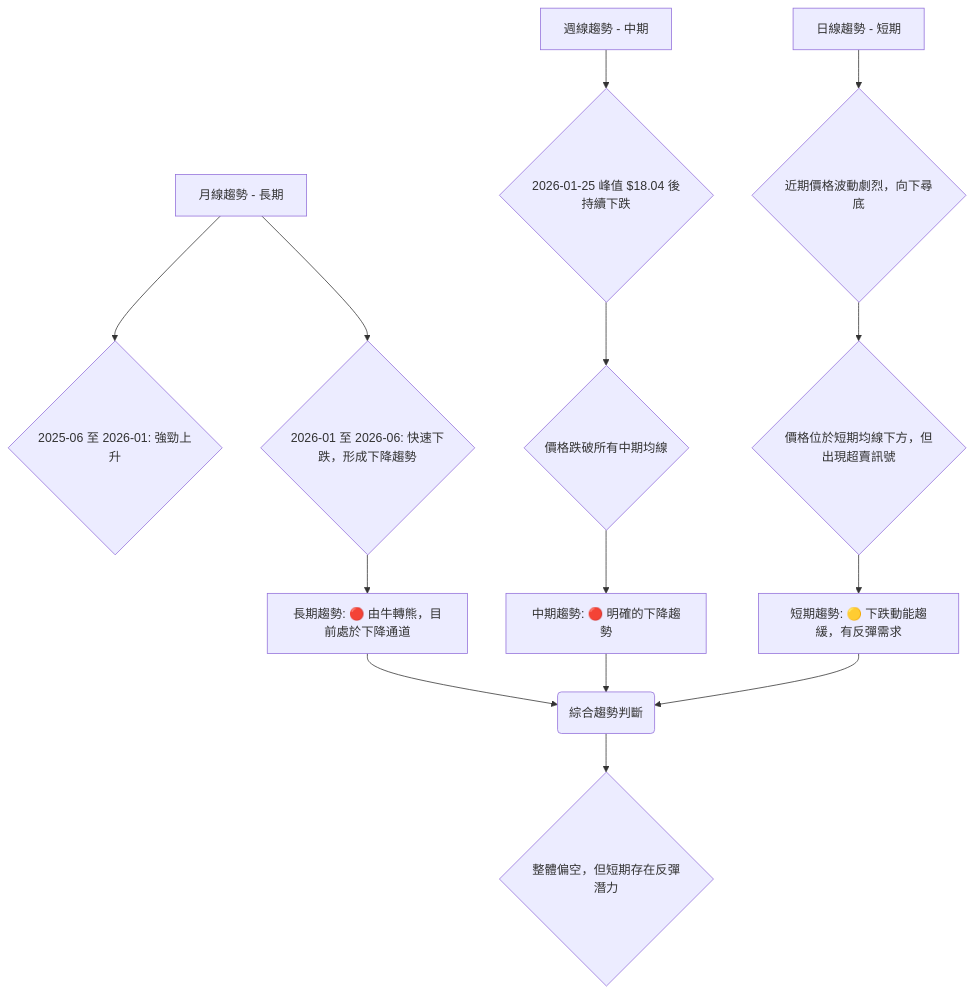
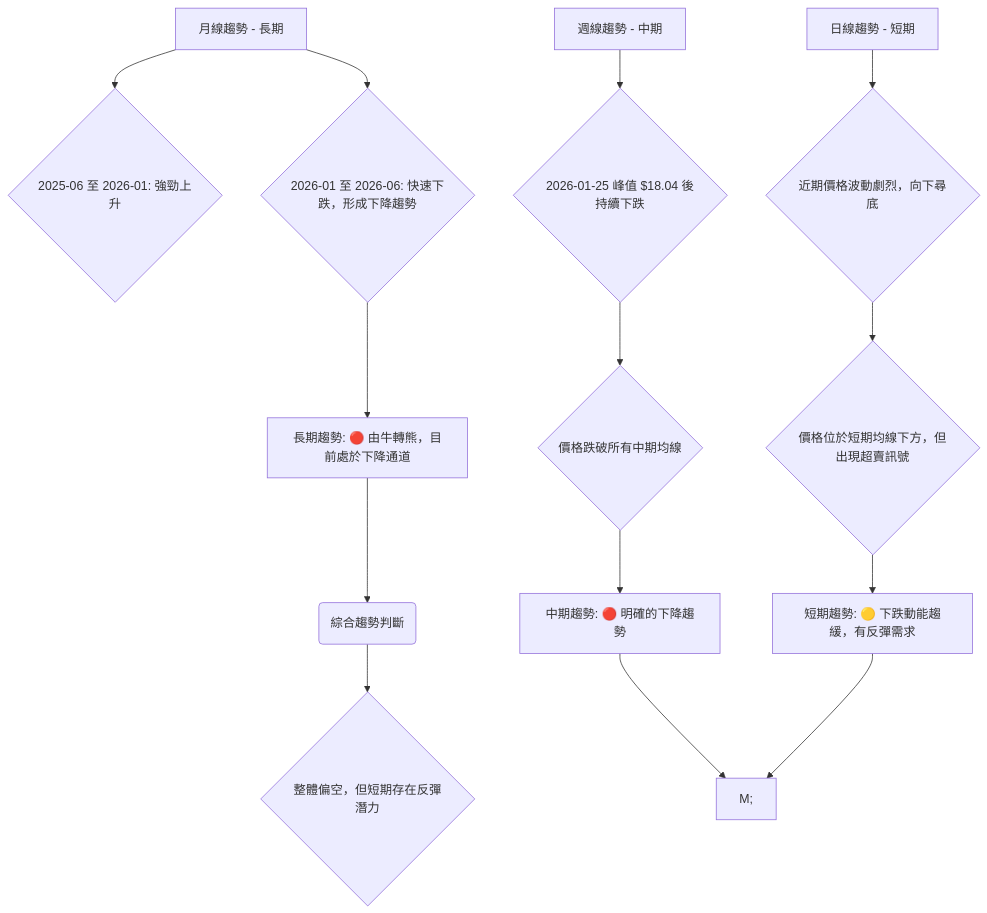
The second of 5 diagrams in ai_gen_report/stock/nu/technical_analysis_2026-06-03_gemini.md (yennanliu/finance_data), drawn with Mermaid before and after one commit. The commit also changed other lines of this file and 2171 other files, not shown here.

First line of the commit message:
chore: re-run corrected Mermaid backfill across reports

````diff
--- a/ai_gen_report/stock/nu/technical_analysis_2026-06-03_gemini.md
+++ b/ai_gen_report/stock/nu/technical_analysis_2026-06-03_gemini.md
@@ -146,19 +146,19 @@
 ```mermaid
 graph TD
-    A[月線趨勢 - 長期] --> B{2025-06 至 2026-01: 強勁上升};
-    A --> C{2026-01 至 2026-06: 快速下跌，形成下降趨勢};
-    C --> D[長期趨勢: 🔴 由牛轉熊，目前處於下降通道];
+    A["月線趨勢 - 長期"] --> B{"2025-06 至 2026-01: 強勁上升"};
+    A --> C{"2026-01 至 2026-06: 快速下跌，形成下降趨勢"};
+    C --> D["長期趨勢: 🔴 由牛轉熊，目前處於下降通道"];
 
-    E[週線趨勢 - 中期] --> F{2026-01-25 峰值 $18.04 後持續下跌};
-    F --> G{價格跌破所有中期均線};
-    G --> H[中期趨勢: 🔴 明確的下降趨勢];
+    E["週線趨勢 - 中期"] --> F{"2026-01-25 峰值 $18.04 後持續下跌"};
+    F --> G{"價格跌破所有中期均線"};
+    G --> H["中期趨勢: 🔴 明確的下降趨勢"];
 
-    I[日線趨勢 - 短期] --> J{近期價格波動劇烈，向下尋底};
-    J --> K{價格位於短期均線下方，但出現超賣訊號};
-    K --> L[短期趨勢: 🟡 下跌動能趨緩，有反彈需求];
+    I["日線趨勢 - 短期"] --> J{"近期價格波動劇烈，向下尋底"};
+    J --> K{"價格位於短期均線下方，但出現超賣訊號"};
+    K --> L["短期趨勢: 🟡 下跌動能趨緩，有反彈需求"];
 
-    D --> M(綜合趨勢判斷);
-    H --> M;
-    L --> M;
-    M --> N{整體偏空，但短期存在反彈潛力};
+    D --> M("綜合趨勢判斷");
+    H --> nb1["M;"]
+    L --> nb1["M;"]
+    M --> N{"整體偏空，但短期存在反彈潛力"};
 ```
````
